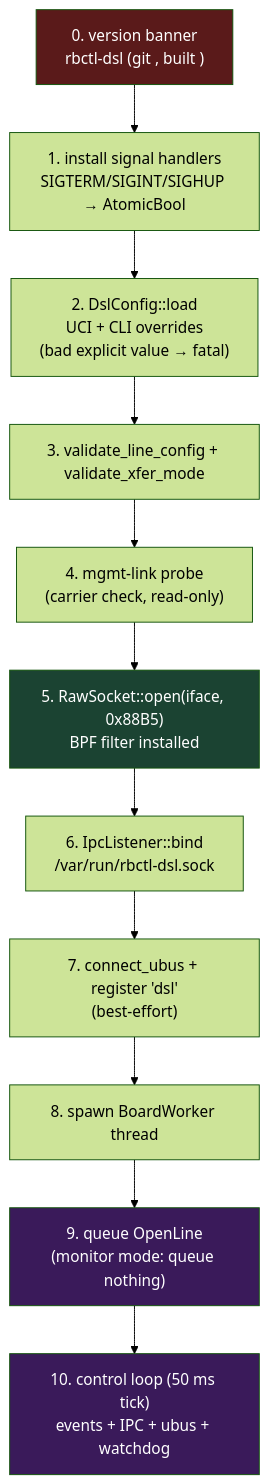
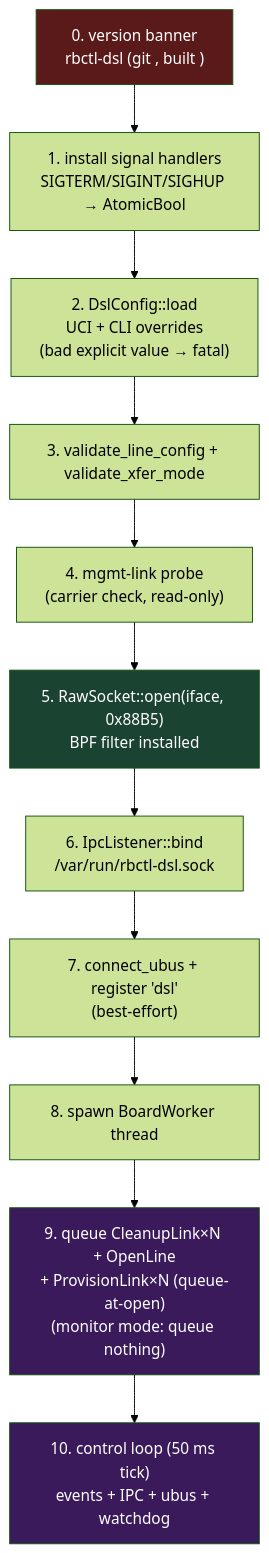
The third of 6 diagrams in docs/rbctl-dsl.md (hitech95/openwrt_tplink_vx830v_rbctrl-dsl), drawn with Mermaid (forest theme) before and after one commit. The commit also changed other lines of this file and 7 other files, not shown here.

````diff
--- a/docs/rbctl-dsl.md
+++ b/docs/rbctl-dsl.md
@@ -249,21 +251,21 @@
 ```mermaid
 flowchart TD
     A["0. version banner<br/>rbctl-dsl <ver> (git <sha>, built <date>)"]
     A1["1. install signal handlers<br/>SIGTERM/SIGINT/SIGHUP → AtomicBool"]
     B["2. DslConfig::load<br/>UCI + CLI overrides<br/>(bad explicit value → fatal)"]
     C["3. validate_line_config + validate_xfer_mode"]
     D["4. mgmt-link probe<br/>(carrier check, read-only)"]
     E["5. RawSocket::open(iface, 0x88B5)<br/>BPF filter installed"]
     F["6. IpcListener::bind<br/>/var/run/rbctl-dsl.sock"]
     G["7. connect_ubus + register 'dsl'<br/>(best-effort)"]
     H["8. spawn BoardWorker thread"]
-    I["9. queue OpenLine<br/>(monitor mode: queue nothing)"]
+    I["9. queue CleanupLink×N + OpenLine<br/>+ ProvisionLink×N (queue-at-open)<br/>(monitor mode: queue nothing)"]
     J["10. control loop (50 ms tick)<br/>events + IPC + ubus + watchdog"]
 
     A --> A1 --> B --> C --> D --> E --> F --> G --> H --> I --> J
 
     style A fill:#5a1a1a,color:#fff
     style E fill:#1b4332,color:#fff
     style I fill:#3a1a5a,color:#fff
     style J fill:#3a1a5a,color:#fff
 ```
````
